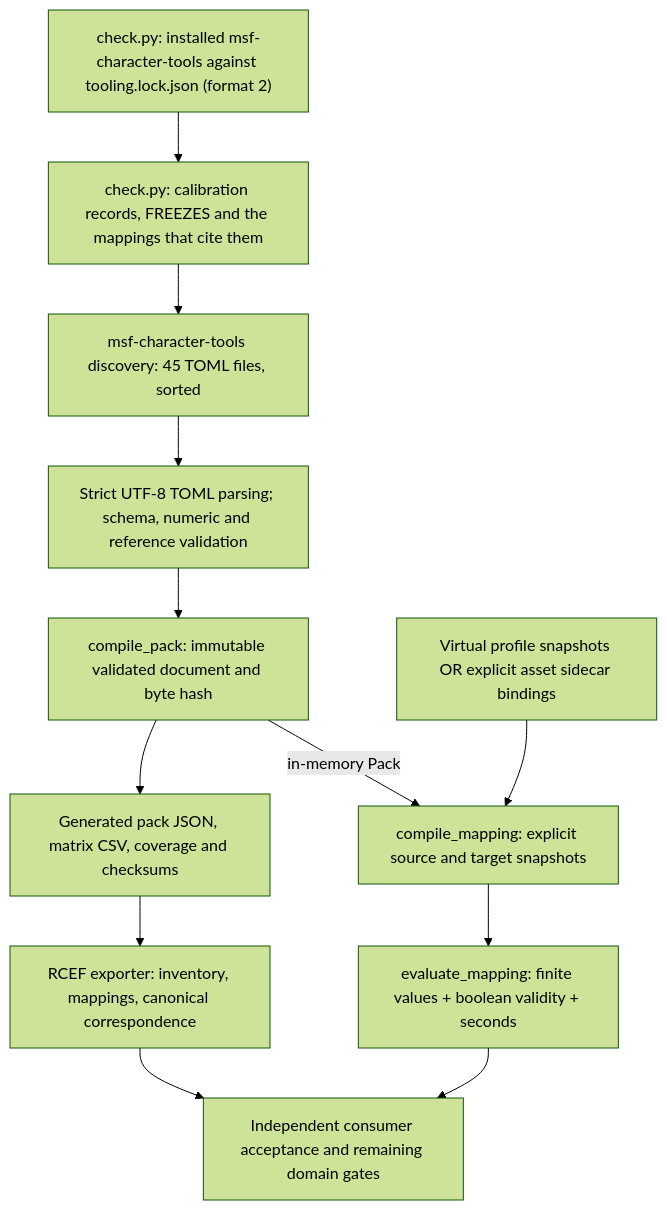
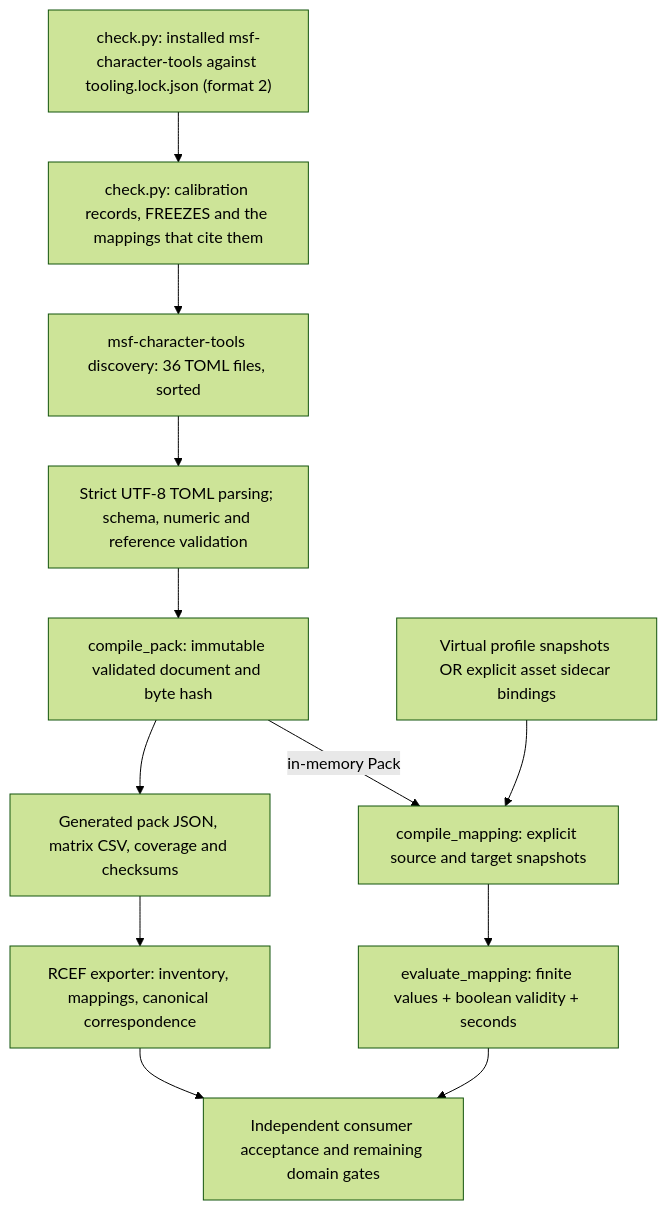
One commit to MetaverseStandards/RCEF changed the first of 2 diagrams in docs/architecture.md. Above: the diagram before and after it, drawn with Mermaid (forest theme). The commit also changed other lines of this file and 48 other files, not shown here.

````diff
--- a/docs/architecture.md
+++ b/docs/architecture.md
@@ -32,14 +31,14 @@
 ```mermaid
 flowchart TD
     L["check.py: installed msf-character-tools against tooling.lock.json (format 2)"] --> K["check.py: calibration records, FREEZES and the mappings that cite them"]
-    K --> B["msf-character-tools discovery: 45 TOML files, sorted"]
+    K --> B["msf-character-tools discovery: 36 TOML files, sorted"]
     B --> C["Strict UTF-8 TOML parsing; schema, numeric and reference validation"]
     C --> D["compile_pack: immutable validated document and byte hash"]
     D --> E["Generated pack JSON, matrix CSV, coverage and checksums"]
     D -->|in-memory Pack| F["compile_mapping: explicit source and target snapshots"]
     P["Virtual profile snapshots OR explicit asset sidecar bindings"] --> F
     F --> G["evaluate_mapping: finite values + boolean validity + seconds"]
     E --> H["RCEF exporter: inventory, mappings, canonical correspondence"]
     G --> I["Independent consumer acceptance and remaining domain gates"]
     H --> I
 ```
````
